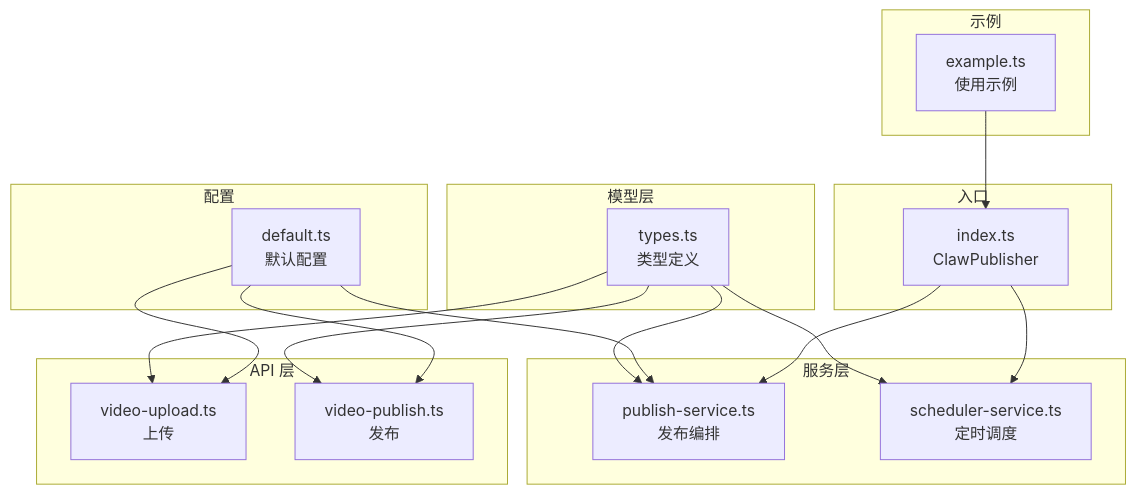
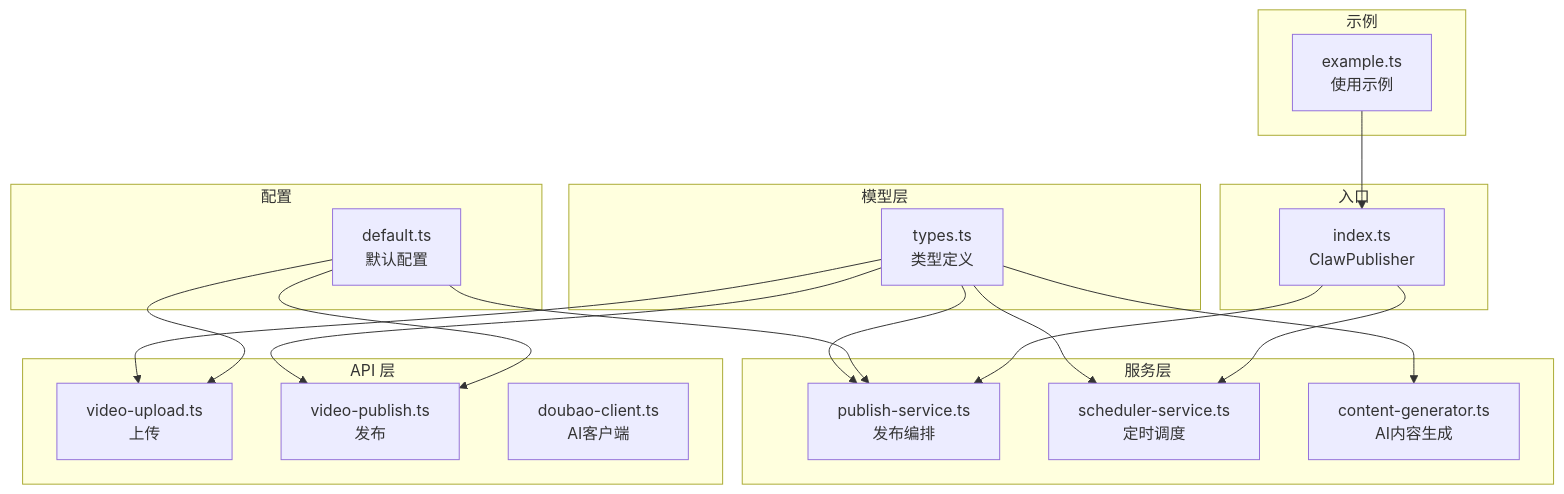
Before and after one commit to songdiyang/clawOperations: the first of 4 diagrams in .qoder/repowiki/zh/content/数据模型.md, drawn with Mermaid. The commit also changed other lines of this file and 7 other files, not shown here.

````diff
--- a/.qoder/repowiki/zh/content/数据模型.md
+++ b/.qoder/repowiki/zh/content/数据模型.md
@@ -45,33 +52,36 @@
 ```mermaid
 graph TB
 subgraph "模型层"
 T["types.ts<br/>类型定义"]
 end
 subgraph "服务层"
 S1["publish-service.ts<br/>发布编排"]
 S2["scheduler-service.ts<br/>定时调度"]
+S3["content-generator.ts<br/>AI内容生成"]
 end
 subgraph "API 层"
 A1["video-upload.ts<br/>上传"]
 A2["video-publish.ts<br/>发布"]
+A3["doubao-client.ts<br/>AI客户端"]
 end
 subgraph "配置"
 C["default.ts<br/>默认配置"]
 end
 subgraph "入口"
 E["index.ts<br/>ClawPublisher"]
 end
 subgraph "示例"
 X["example.ts<br/>使用示例"]
 end
 T --> A1
 T --> A2
 T --> S1
 T --> S2
+T --> S3
 C --> A1
 C --> A2
 C --> S1
 E --> S1
 E --> S2
 X --> E
 ```
````
